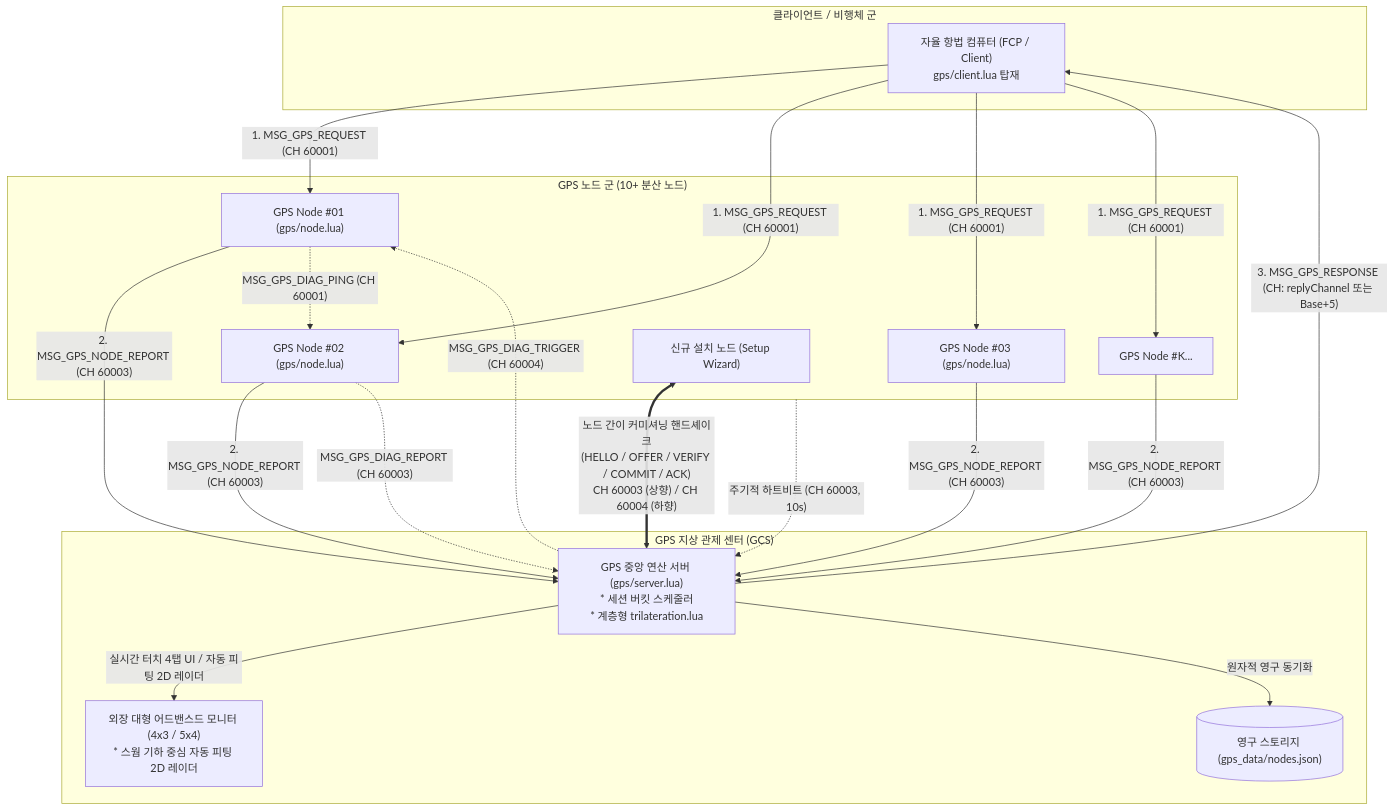
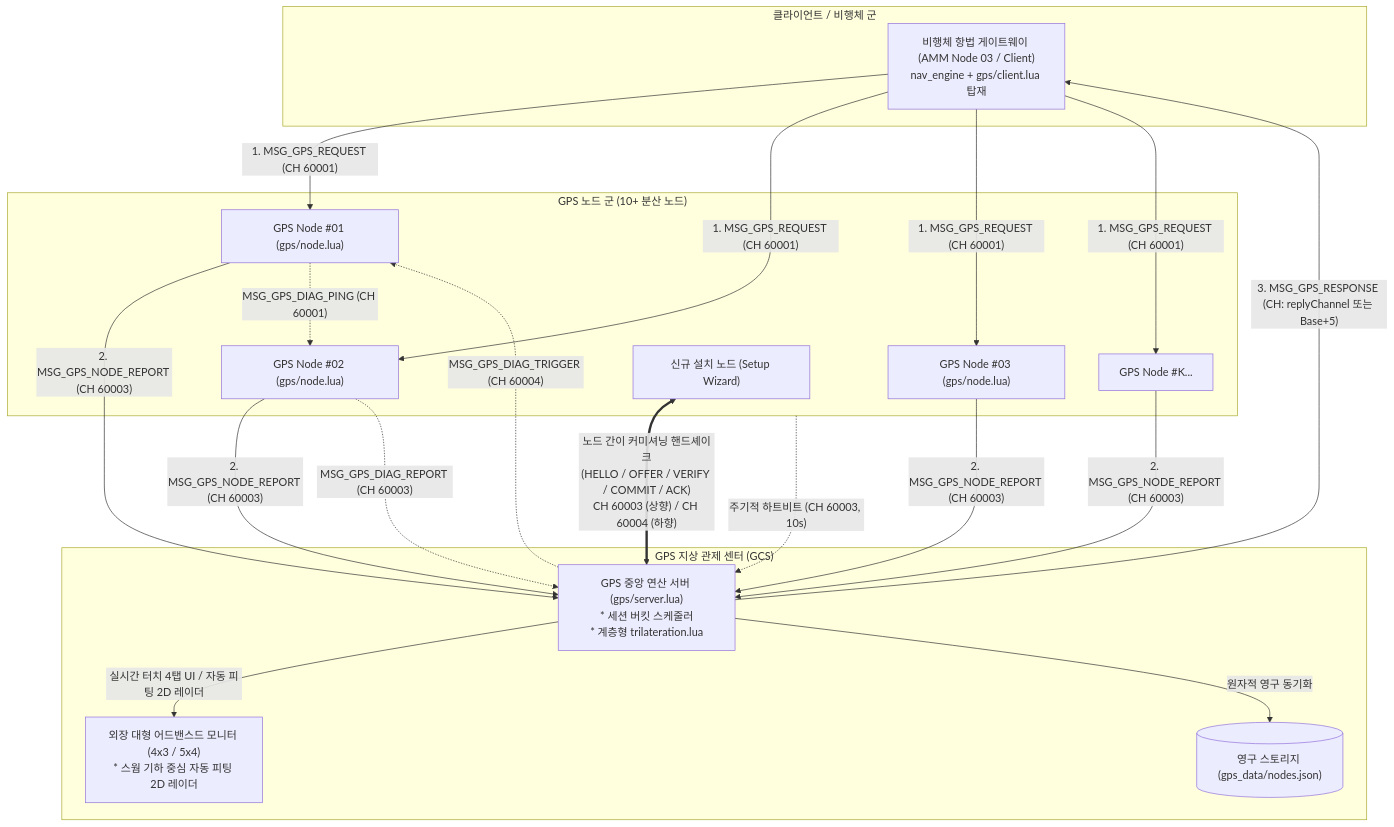
Before and after one commit to Polimachi/Aeroneutics_Autopilot: the first of 3 diagrams in docs/specs/0_infra/gps/GPS_PROGRAM_SPECIFICATION_AND_ICD.md, drawn with Mermaid. The commit also changed other lines of this file and 18 other files, not shown here.

Commit message:
docs(specs): shrink FCP to SE(3) outer-loop and migrate gateway/nav/mission ownership to AMM (TASK-206)

````diff
--- a/docs/specs/0_infra/gps/GPS_PROGRAM_SPECIFICATION_AND_ICD.md
+++ b/docs/specs/0_infra/gps/GPS_PROGRAM_SPECIFICATION_AND_ICD.md
@@ -87,48 +89,48 @@
 ```mermaid
 flowchart TD
     subgraph CLIENT_ZONE["클라이언트 / 비행체 군"]
-        FCP["자율 항법 컴퓨터 (FCP / Client)<br/>gps/client.lua 탑재"]
+        AMM["비행체 항법 게이트웨이 (AMM Node 03 / Client)<br/>nav_engine + gps/client.lua 탑재"]
     end
 
     subgraph SWARM_ZONE["GPS 노드 군 (10+ 분산 노드)"]
         N1["GPS Node #01 (gps/node.lua)"]
         N2["GPS Node #02 (gps/node.lua)"]
         N3["GPS Node #03 (gps/node.lua)"]
         NK["GPS Node #K..."]
         NEW_N["신규 설치 노드 (Setup Wizard)"]
     end
 
     subgraph SERVER_ZONE["GPS 지상 관제 센터 (GCS)"]
         SRV["GPS 중앙 연산 서버 (gps/server.lua)<br/>* 세션 버킷 스케줄러<br/>* 계층형 trilateration.lua"]
         MON["외장 대형 어드밴스드 모니터 (4x3 / 5x4)<br/>* 스웜 기하 중심 자동 피팅 2D 레이더"]
         STOR[("영구 스토리지 (gps_data/nodes.json)")]
     end
 
     %% Client Request Path
-    FCP -->|"1. MSG_GPS_REQUEST (CH 60001)"| N1
-    FCP -->|"1. MSG_GPS_REQUEST (CH 60001)"| N2
-    FCP -->|"1. MSG_GPS_REQUEST (CH 60001)"| N3
-    FCP -->|"1. MSG_GPS_REQUEST (CH 60001)"| NK
+    AMM -->|"1. MSG_GPS_REQUEST (CH 60001)"| N1
+    AMM -->|"1. MSG_GPS_REQUEST (CH 60001)"| N2
+    AMM -->|"1. MSG_GPS_REQUEST (CH 60001)"| N3
+    AMM -->|"1. MSG_GPS_REQUEST (CH 60001)"| NK
 
     %% Node Report Path
     N1 -->|"2. MSG_GPS_NODE_REPORT (CH 60003)"| SRV
     N2 -->|"2. MSG_GPS_NODE_REPORT (CH 60003)"| SRV
     N3 -->|"2. MSG_GPS_NODE_REPORT (CH 60003)"| SRV
     NK -->|"2. MSG_GPS_NODE_REPORT (CH 60003)"| SRV
 
     %% Node Heartbeat
     SWARM_ZONE -.->|"주기적 하트비트 (CH 60003, 10s)"| SRV
 
     %% Server Solve & Response
-    SRV -->|"3. MSG_GPS_RESPONSE (CH: replyChannel 또는 Base+5)"| FCP
+    SRV -->|"3. MSG_GPS_RESPONSE (CH: replyChannel 또는 Base+5)"| AMM
     SRV -->|"실시간 터치 4탭 UI / 자동 피팅 2D 레이더"| MON
     SRV -->|"원자적 영구 동기화"| STOR
 
     %% Node Commissioning Handshake Loop
     NEW_N <==>|"노드 간이 커미셔닝 핸드셰이크<br/>(HELLO / OFFER / VERIFY / COMMIT / ACK)<br/>CH 60003 (상향) / CH 60004 (하향)"| SRV
 
     %% Cross-Calibration Loop
     SRV -.->|"MSG_GPS_DIAG_TRIGGER (CH 60004)"| N1
     N1 -.->|"MSG_GPS_DIAG_PING (CH 60001)"| N2
     N2 -.->|"MSG_GPS_DIAG_REPORT (CH 60003)"| SRV
 ```
````
